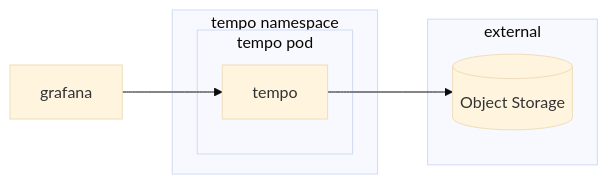
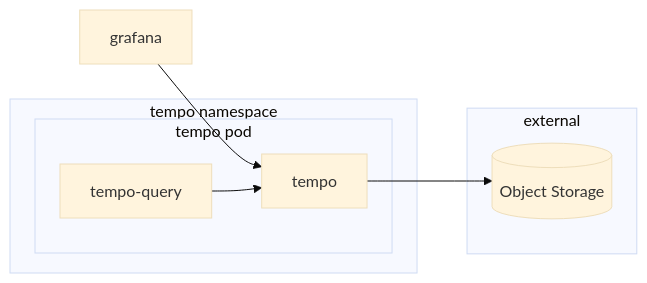
One commit to alfredodiaz53/big-bang changed the first of 2 diagrams in docs/understanding-bigbang/package-architecture/tempo.md. Above: the diagram before and after it, drawn with Mermaid (base theme). The commit also changed other lines of this file, not shown here.

````diff
--- a/docs/understanding-bigbang/package-architecture/tempo.md
+++ b/docs/understanding-bigbang/package-architecture/tempo.md
@@ -12,17 +12,18 @@
 ```mermaid
 flowchart LR
 
 subgraph external
 O[(Object Storage)]
 end
 
 grafana --> T["tempo"]
 
 
 subgraph "tempo namespace"
     subgraph "tempo pod"
         T --> O
+        Q["tempo-query"] --> T
     end
 end
 
 ```
````
